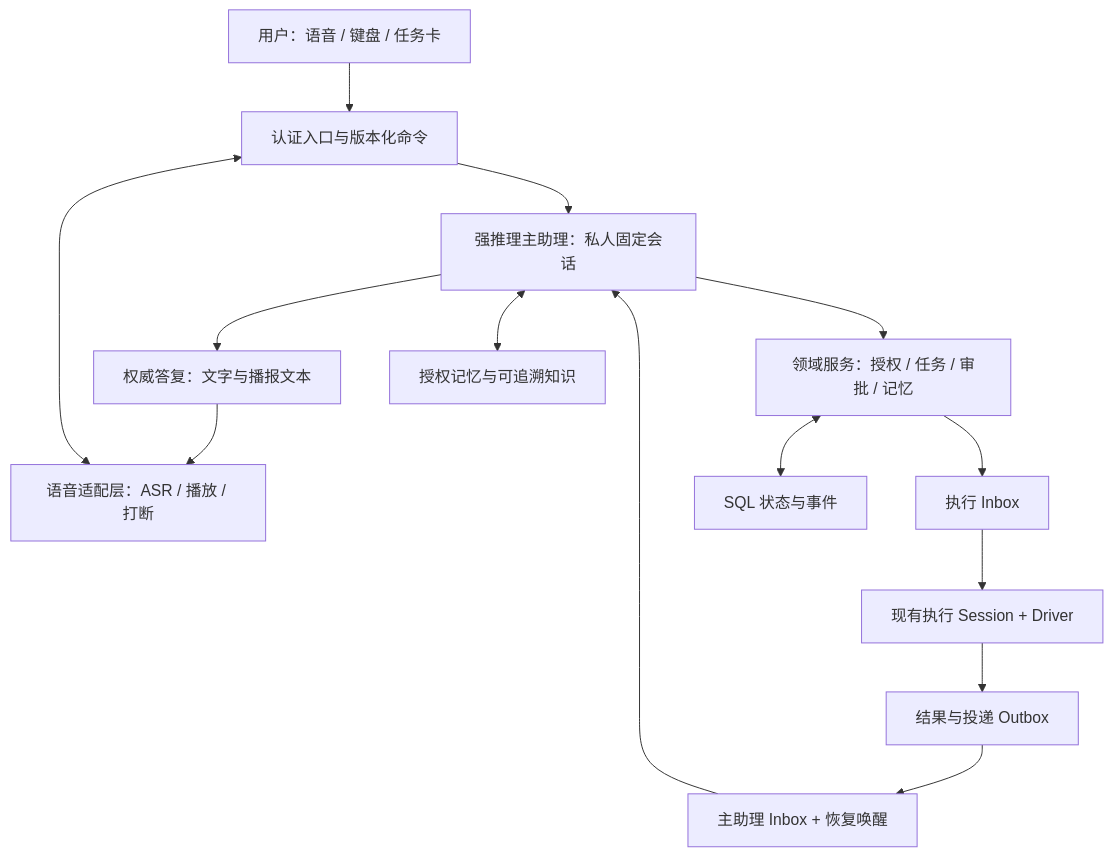
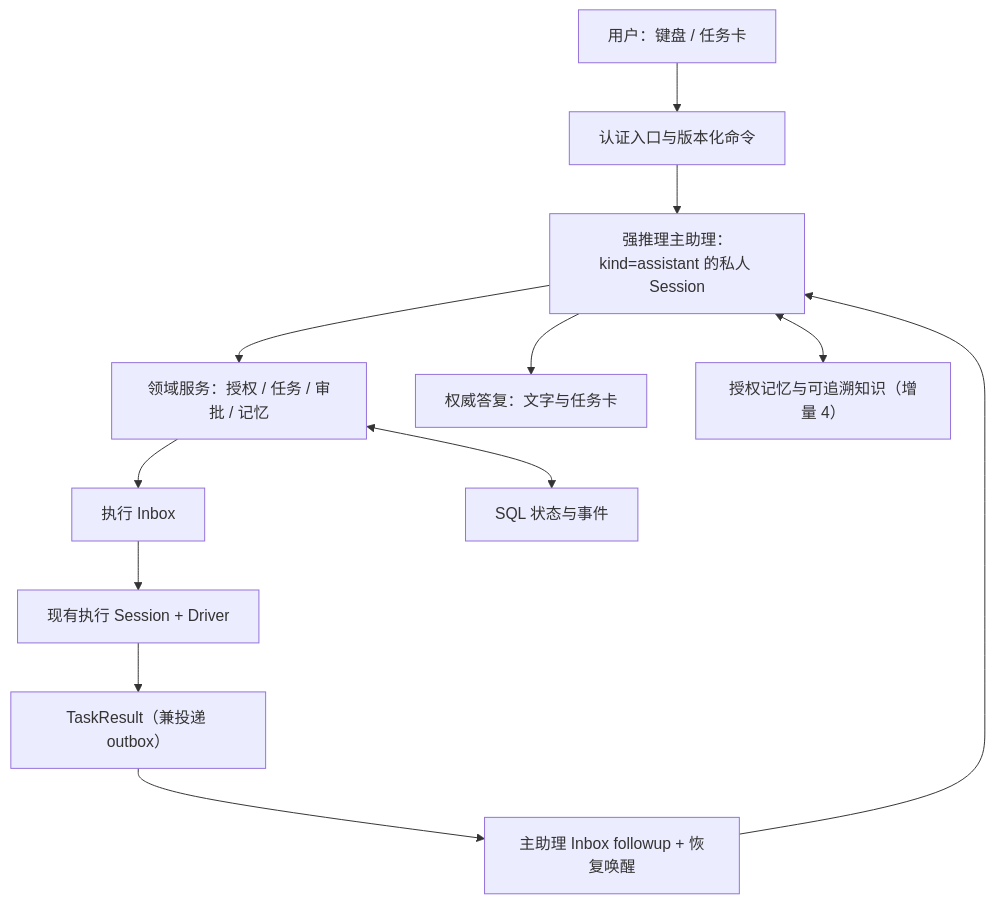
The diagram in docs/PERSONAL_ASSISTANT_DESIGN.md (arkstudio-ai/OpenBox), drawn with Mermaid before and after one commit. The commit also changed other lines of this file and 1 other file, not shown here.

Commit message:
docs: complete text personal assistant design

````diff
--- a/docs/PERSONAL_ASSISTANT_DESIGN.md
+++ b/docs/PERSONAL_ASSISTANT_DESIGN.md
@@ -68,16 +106,14 @@
 ```mermaid
 flowchart TD
-  U[用户：语音 / 键盘 / 任务卡] --> G[认证入口与版本化命令]
-  V[语音适配层：ASR / 播放 / 打断] <--> G
-  G --> M[强推理主助理：私人固定会话]
+  U[用户：键盘 / 任务卡] --> G[认证入口与版本化命令]
+  G --> M[强推理主助理：kind=assistant 的私人 Session]
   M --> D[领域服务：授权 / 任务 / 审批 / 记忆]
   D --> I[执行 Inbox]
   I --> E[现有执行 Session + Driver]
-  E --> R[结果与投递 Outbox]
-  R --> MI[主助理 Inbox + 恢复唤醒]
+  E --> R[TaskResult（兼投递 outbox）]
+  R --> MI[主助理 Inbox followup + 恢复唤醒]
   MI --> M
-  M --> A[权威答复：文字与播报文本]
-  A --> V
+  M --> A[权威答复：文字与任务卡]
   D <--> S[SQL 状态与事件]
-  M <--> K[授权记忆与可追溯知识]
+  M <--> K[授权记忆与可追溯知识（增量 4）]
 ```
````
